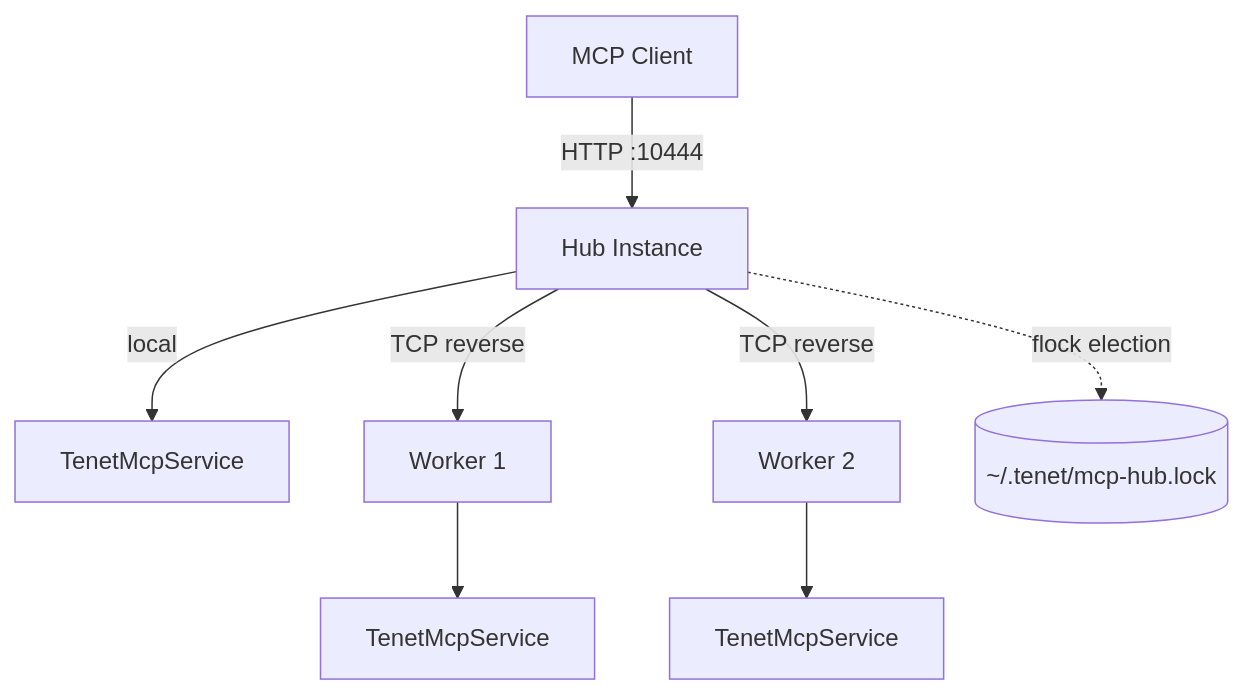
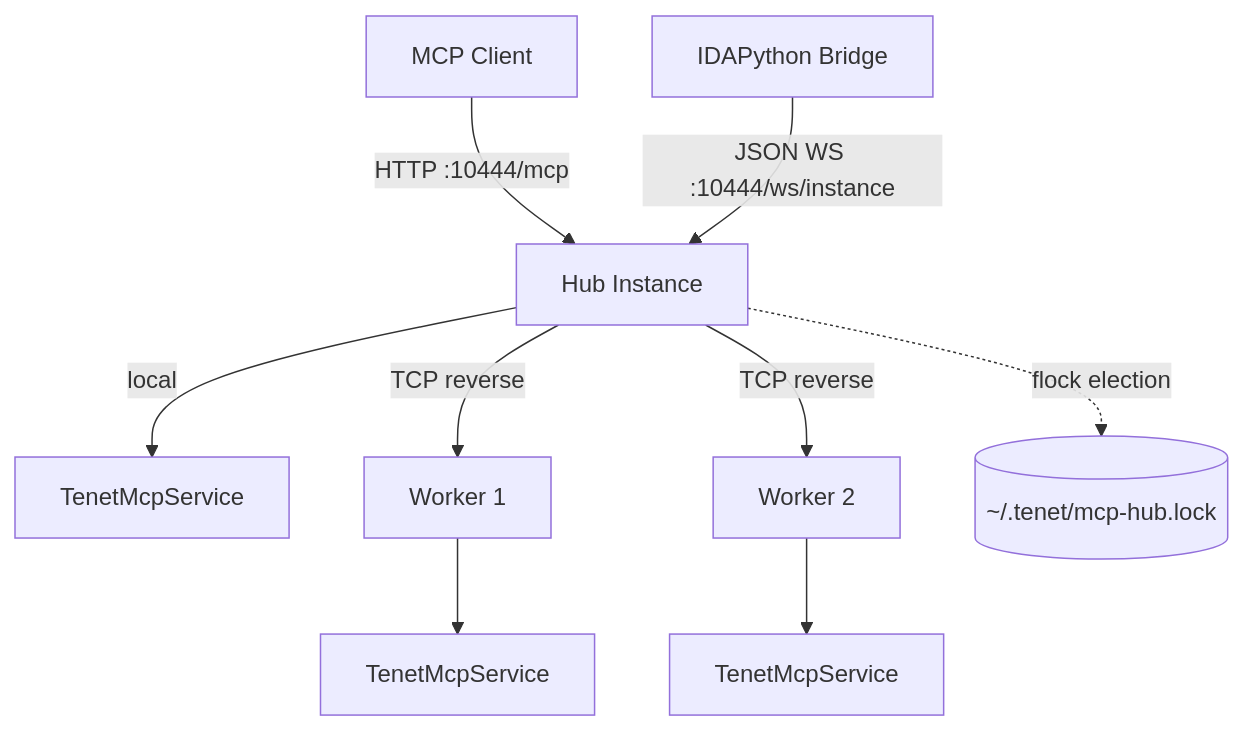
One commit to fuckreverse/retrace changed the third of 3 diagrams in slowmo/docs/ui-layer.md. Above: the diagram before and after it, drawn with Mermaid. The commit also changed other lines of this file and 13 other files, not shown here.

First line of the commit message:
docs: 新增 MCP Hub 与 IDA Bridge 集成文档

````diff
--- a/slowmo/docs/ui-layer.md
+++ b/slowmo/docs/ui-layer.md
@@ -285,10 +285,11 @@
 ```mermaid
 flowchart TD
-    Client[MCP Client] -->|HTTP :10444| Hub[Hub Instance]
+    Client[MCP Client] -->|HTTP :10444/mcp| Hub[Hub Instance]
+    IDA[IDAPython Bridge] -->|JSON WS :10444/ws/instance| Hub
     Hub -->|local| HubMCP[TenetMcpService]
     Hub -->|TCP reverse| W1[Worker 1]
     Hub -->|TCP reverse| W2[Worker 2]
     W1 --> W1MCP[TenetMcpService]
     W2 --> W2MCP[TenetMcpService]
     Hub -.->|flock election| Lock[(~/.tenet/mcp-hub.lock)]
 ```
````
